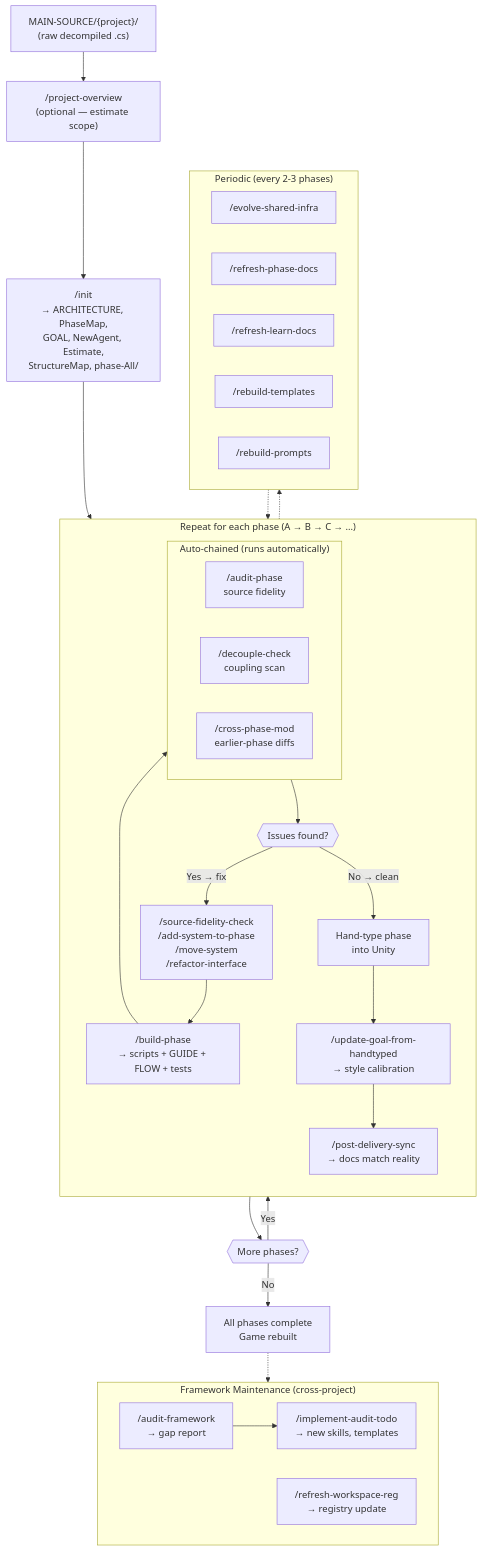
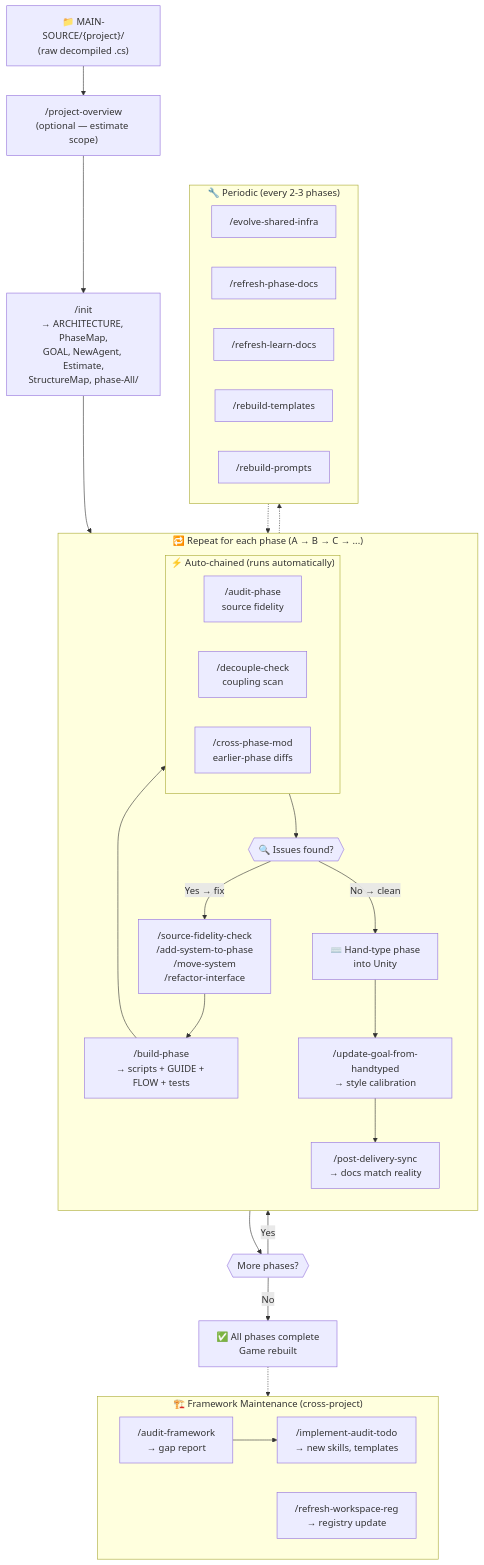
The diagram in .claude/MANUAL.md (g54mob/META_DATA), drawn with Mermaid before and after one commit. The commit also changed other lines of this file and 51 other files, not shown here.

````diff
--- a/.claude/MANUAL.md
+++ b/.claude/MANUAL.md
@@ -761,72 +782,72 @@
 ```mermaid
 flowchart TD
     %% === BOOTSTRAP ===
-    SRC["MAIN-SOURCE/{project}/\n(raw decompiled .cs)"]
+    SRC["📁 MAIN-SOURCE/{project}/\n(raw decompiled .cs)"]
     EVAL["/project-overview\n(optional — estimate scope)"]
     INIT["/init\n→ ARCHITECTURE, PhaseMap,\nGOAL, NewAgent, Estimate,\nStructureMap, phase-All/"]
 
     SRC --> EVAL --> INIT
 
     %% === PHASE LOOP ===
     INIT --> PHASE_START
 
-    subgraph PHASE_LOOP["Repeat for each phase (A → B → C → ...)"]
+    subgraph PHASE_LOOP["🔁 Repeat for each phase (A → B → C → ...)"]
         direction TB
         PHASE_START["/build-phase\n→ scripts + GUIDE + FLOW + tests"]
 
-        subgraph AUTO["Auto-chained (runs automatically)"]
+        subgraph AUTO["⚡ Auto-chained (runs automatically)"]
             direction LR
             AUDIT["/audit-phase\nsource fidelity"]
             DECOUPLE["/decouple-check\ncoupling scan"]
             CROSSMOD["/cross-phase-mod\nearlier-phase diffs"]
         end
 
         PHASE_START --> AUTO
 
-        ADHOC{{"Issues found?"}}
+        ADHOC{{"🔍 Issues found?"}}
         AUTO --> ADHOC
 
         FIX_LOOP["/source-fidelity-check\n/add-system-to-phase\n/move-system\n/refactor-interface"]
         ADHOC -- "Yes → fix" --> FIX_LOOP --> PHASE_START
 
-        HAND["Hand-type phase\ninto Unity"]
+        HAND["⌨️ Hand-type phase\ninto Unity"]
         ADHOC -- "No → clean" --> HAND
 
         CALIBRATE["/update-goal-from-handtyped\n→ style calibration"]
         SYNC["/post-delivery-sync\n→ docs match reality"]
 
         HAND --> CALIBRATE --> SYNC
     end
 
     %% === NEXT PHASE OR DONE ===
     SYNC --> MORE{{"More phases?"}}
     MORE -- "Yes" --> PHASE_START
     MORE -- "No" --> DONE
 
     %% === PERIODIC HOOKS ===
-    subgraph MAINT["Periodic (every 2-3 phases)"]
+    subgraph MAINT["🔧 Periodic (every 2-3 phases)"]
         direction LR
         M1["/evolve-shared-infra"]
         M2["/refresh-phase-docs"]
         M3["/refresh-learn-docs"]
         M4["/rebuild-templates"]
         M5["/rebuild-prompts"]
     end
 
     SYNC -.-> MAINT
     MAINT -.-> PHASE_START
 
     %% === COMPLETE ===
-    DONE["All phases complete\nGame rebuilt"]
+    DONE["✅ All phases complete\nGame rebuilt"]
 
     %% === FRAMEWORK LEVEL ===
-    subgraph FW["Framework Maintenance (cross-project)"]
+    subgraph FW["🏗️ Framework Maintenance (cross-project)"]
         direction LR
         FW1["/audit-framework\n→ gap report"]
         FW2["/implement-audit-todo\n→ new skills, templates"]
         FW3["/refresh-workspace-reg\n→ registry update"]
         FW1 --> FW2
     end
 
     DONE -.-> FW
 ```
````
